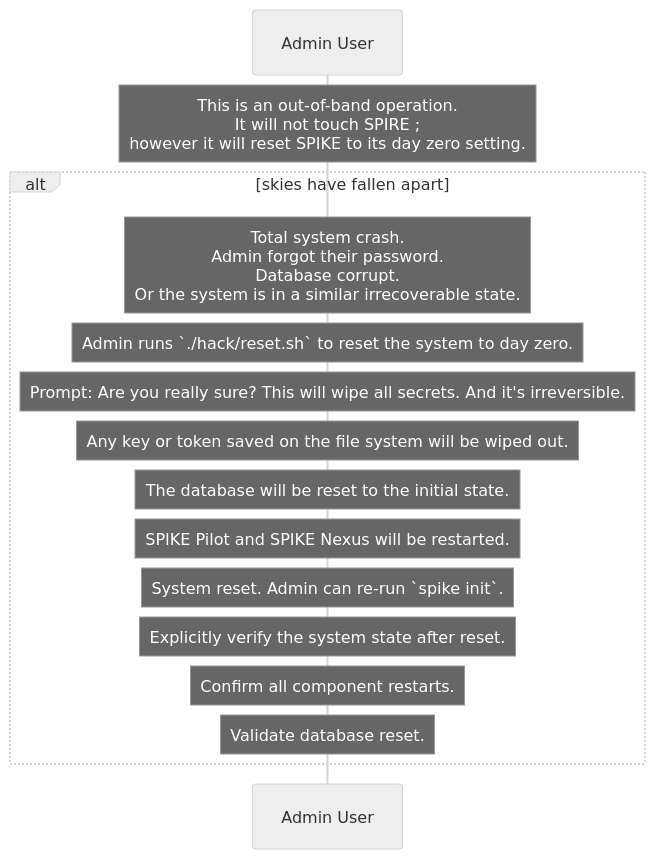
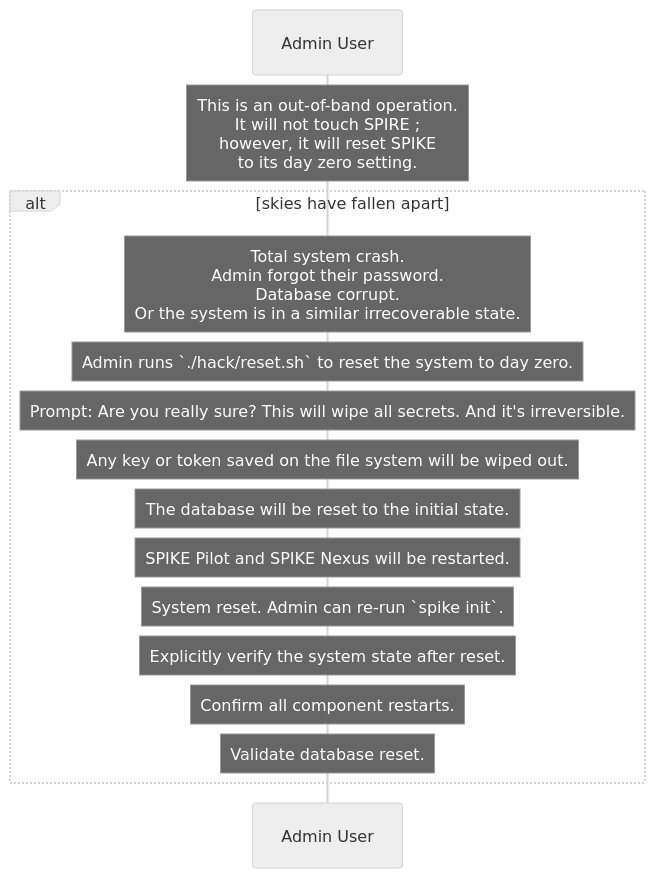
The diagram in docs/architecture/charts/reset.md (spiffe/spike), drawn with Mermaid (neutral theme) before and after one commit. The commit also changed 12 other files, not shown here.

````diff
--- a/docs/architecture/charts/reset.md
+++ b/docs/architecture/charts/reset.md
@@ -12,17 +12,17 @@
 ```mermaid
 sequenceDiagram
     participant P as Admin User
-        Note over P: This is an out-of-band operation.<br>It will not touch SPIRE #semi;<br>however it will reset SPIKE to its day zero setting.
+        Note over P: This is an out-of-band operation.<br>It will not touch SPIRE #semi;<br>however, it will reset SPIKE<br>to its day zero setting.
     alt skies have fallen apart
         Note over P: Total system crash.<br>Admin forgot their password.<br>Database corrupt.<br>Or the system is in a similar irrecoverable state.
         Note over P: Admin runs `./hack/reset.sh` to reset the system to day zero.
         Note over P: Prompt: Are you really sure? This will wipe all secrets. And it's irreversible.
         Note over P: Any key or token saved on the file system will be wiped out.
         Note over P: The database will be reset to the initial state.
         Note over P: SPIKE Pilot and SPIKE Nexus will be restarted.
         Note over P: System reset. Admin can re-run `spike init`.
         Note over P: Explicitly verify the system state after reset.
         Note over P: Confirm all component restarts.
         Note over P: Validate database reset.
     end
 ```
````
